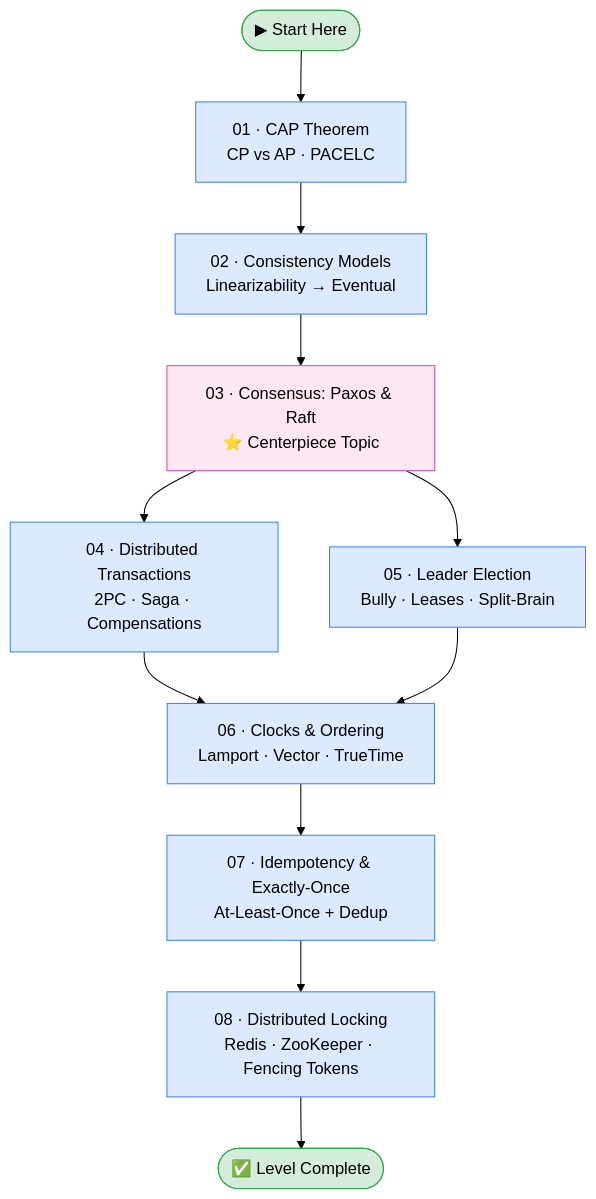
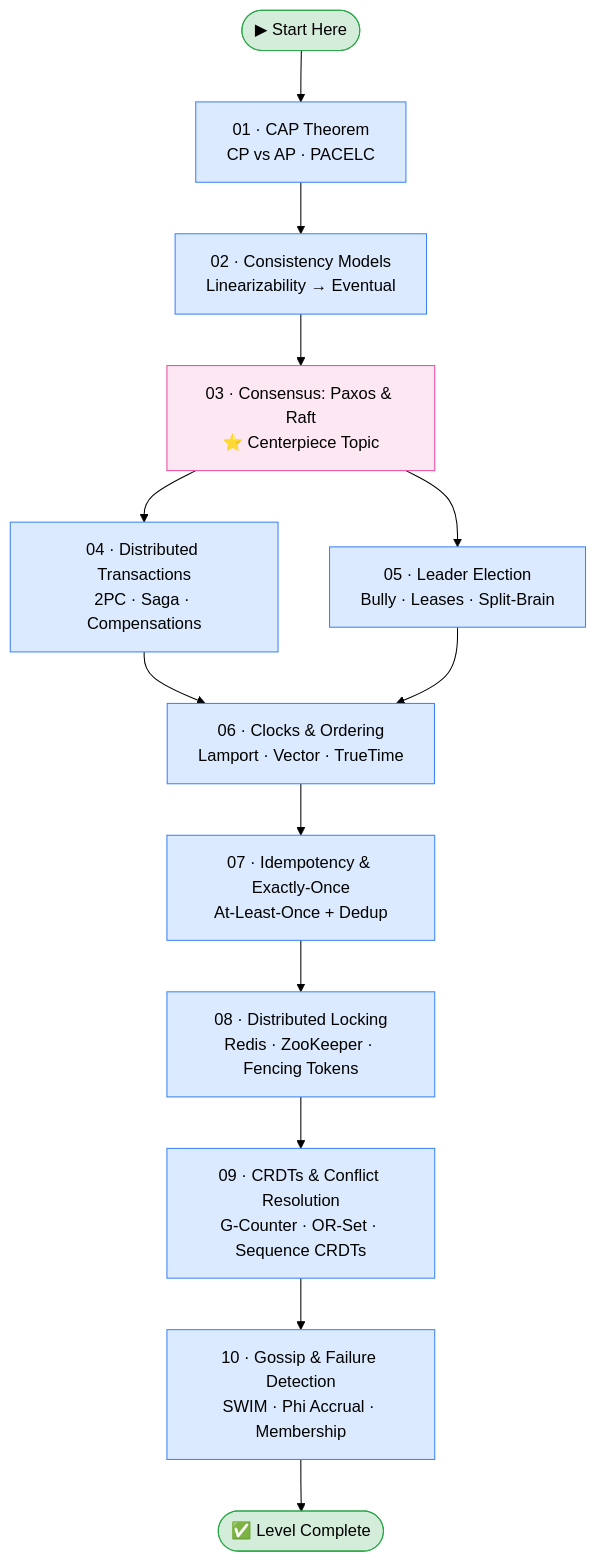
One commit to Ankan1998/learn-system-design changed the first of 2 diagrams in Level-04-Distributed-Systems/README.md. Above: the diagram before and after it, drawn with Mermaid (forest theme). The commit also changed other lines of this file and 23 other files, not shown here.

````diff
--- a/Level-04-Distributed-Systems/README.md
+++ b/Level-04-Distributed-Systems/README.md
@@ -48,34 +50,40 @@
 ```mermaid
 flowchart TD
     A([▶ Start Here]):::start --> B
 
     B["01 · CAP Theorem<br/>CP vs AP · PACELC"]:::topic
     B --> C
 
     C["02 · Consistency Models<br/>Linearizability → Eventual"]:::topic
     C --> D
 
     D["03 · Consensus: Paxos & Raft<br/>⭐ Centerpiece Topic"]:::centerpiece
     D --> E
     D --> F
 
     E["04 · Distributed Transactions<br/>2PC · Saga · Compensations"]:::topic
     F["05 · Leader Election<br/>Bully · Leases · Split-Brain"]:::topic
 
     E --> G
     F --> G
 
     G["06 · Clocks & Ordering<br/>Lamport · Vector · TrueTime"]:::topic
     G --> H
 
     H["07 · Idempotency & Exactly-Once<br/>At-Least-Once + Dedup"]:::topic
     H --> J
 
     J["08 · Distributed Locking<br/>Redis · ZooKeeper · Fencing Tokens"]:::topic
-    J --> I([✅ Level Complete]):::done
+    J --> K
+
+    K["09 · CRDTs & Conflict Resolution<br/>G-Counter · OR-Set · Sequence CRDTs"]:::topic
+    K --> L
+
+    L["10 · Gossip & Failure Detection<br/>SWIM · Phi Accrual · Membership"]:::topic
+    L --> I([✅ Level Complete]):::done
 
     classDef start fill:#d4edda,stroke:#28a745,color:#000
     classDef topic fill:#dbeafe,stroke:#3b82f6,color:#000
     classDef centerpiece fill:#fce7f3,stroke:#ec4899,color:#000
     classDef done fill:#d4edda,stroke:#28a745,color:#000
 ```
````
